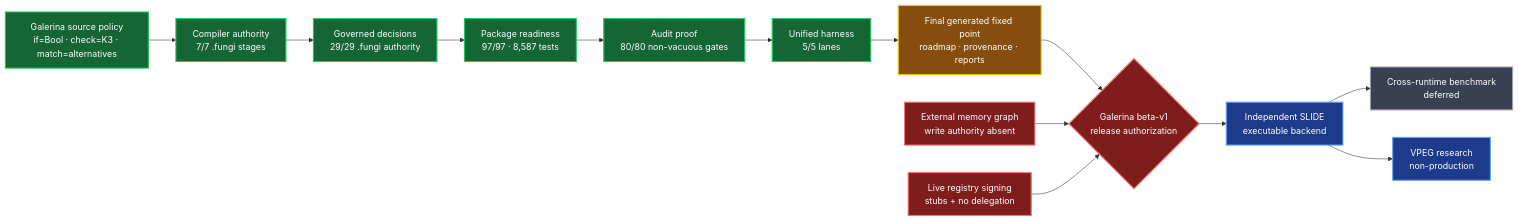
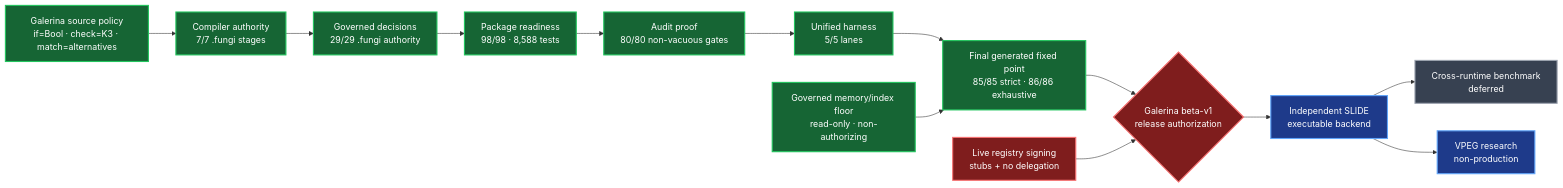
Before and after one commit to TritHypha/Deveolpment-runtime-fungi-gate: the diagram in docs/reports/zero-trust-tooling-refactor-completion-2026-07-29.md, drawn with Mermaid. The commit also changed other lines of this file and 72 other files, not shown here.

````diff
--- a/docs/reports/zero-trust-tooling-refactor-completion-2026-07-29.md
+++ b/docs/reports/zero-trust-tooling-refactor-completion-2026-07-29.md
@@ -32,28 +34,28 @@
 ```mermaid
 flowchart LR
     S["Galerina source policy<br/>if=Bool · check=K3 · match=alternatives"]:::green
     C["Compiler authority<br/>7/7 .fungi stages"]:::green
     K["Governed decisions<br/>29/29 .fungi authority"]:::green
-    P["Package readiness<br/>97/97 · 8,587 tests"]:::green
+    P["Package readiness<br/>98/98 · 8,588 tests"]:::green
     A["Audit proof<br/>80/80 non-vacuous gates"]:::green
     U["Unified harness<br/>5/5 lanes"]:::green
-    X["Final generated fixed point<br/>roadmap · provenance · reports"]:::amber
-    M["External memory graph<br/>write authority absent"]:::red
+    X["Final generated fixed point<br/>85/85 strict · 86/86 exhaustive"]:::green
+    M["Governed memory/index floor<br/>read-only · non-authorizing"]:::green
     R["Live registry signing<br/>stubs + no delegation"]:::red
     B{"Galerina beta-v1<br/>release authorization"}:::red
     L["Independent SLIDE<br/>executable backend"]:::blue
     V["VPEG research<br/>non-production"]:::blue
     Q["Cross-runtime benchmark<br/>deferred"]:::grey
 
     S --> C --> K --> P --> A --> U --> X --> B
-    M --> B
+    M --> X
     R --> B
     B --> L --> Q
     L --> V
 
     classDef green fill:#166534,color:#fff,stroke:#22c55e,stroke-width:2px;
     classDef amber fill:#854d0e,color:#fff,stroke:#facc15,stroke-width:2px;
     classDef red fill:#7f1d1d,color:#fff,stroke:#f87171,stroke-width:2px;
     classDef blue fill:#1e3a8a,color:#fff,stroke:#60a5fa,stroke-width:2px;
     classDef grey fill:#374151,color:#fff,stroke:#9ca3af,stroke-width:2px;
 ```
````
